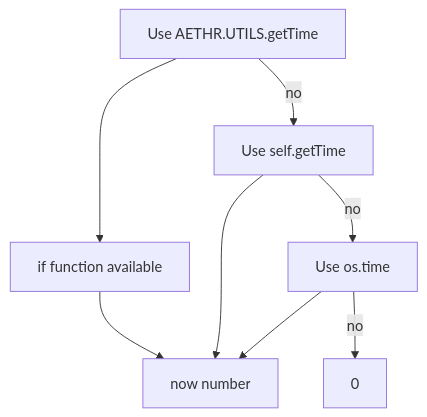
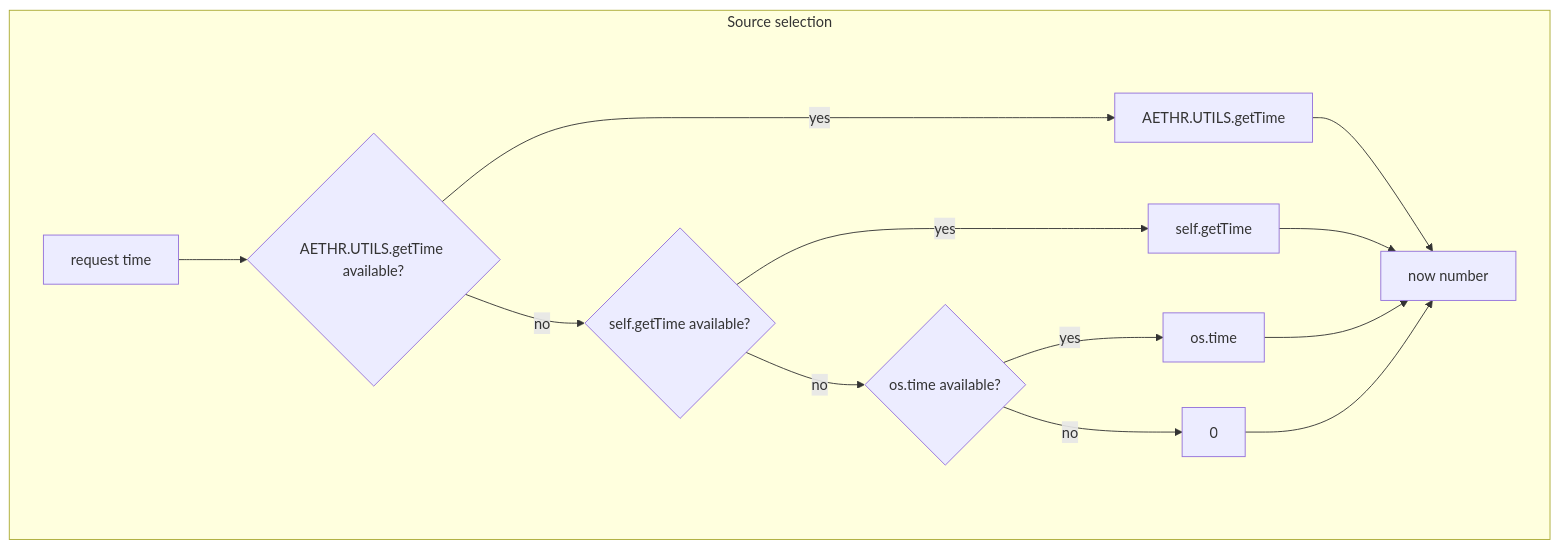
The first of 2 diagrams in docs/utils/time_and_timestamps.md (Gh0st352/AETHR), drawn with Mermaid before and after one commit. The commit also changed other lines of this file and 7 other files, not shown here.

First line of the commit message:
docs(utils, mermaid): normalize diagrams, restructure subgraphs and standardize classes

````diff
--- a/docs/utils/time_and_timestamps.md
+++ b/docs/utils/time_and_timestamps.md
@@ -12,10 +12,23 @@
 ```mermaid
+%% shared theme: docs/_mermaid/theme.json %%
 flowchart TD
-  TRY1[Use AETHR.UTILS.getTime] --> OK1[if function available]
-  TRY1 -->|no| TRY2[Use self.getTime]
-  TRY2 -->|no| TRY3[Use os.time]
-  TRY3 -->|no| FALLBACK[0]
-  OK1 --> NOW[now number]
-  TRY2 --> NOW
-  TRY3 --> NOW
+subgraph "Source selection"
+  START[request time] --> C1{AETHR.UTILS.getTime available?}
+  C1 -- "yes" --> GT[AETHR.UTILS.getTime]
+  C1 -- "no" --> C2{self.getTime available?}
+  C2 -- "yes" --> SG[self.getTime]
+  C2 -- "no" --> C3{os.time available?}
+  C3 -- "yes" --> OS[os.time]
+  C3 -- "no" --> FALLBACK[0]
+  GT --> NOW[now number]
+  SG --> NOW
+  OS --> NOW
+  FALLBACK --> NOW
+end
+
+class START class_io;
+class C1,C2,C3 class_decision;
+class GT,SG,OS class_compute;
+class FALLBACK class_result;
+class NOW class_data;
 ```
````
